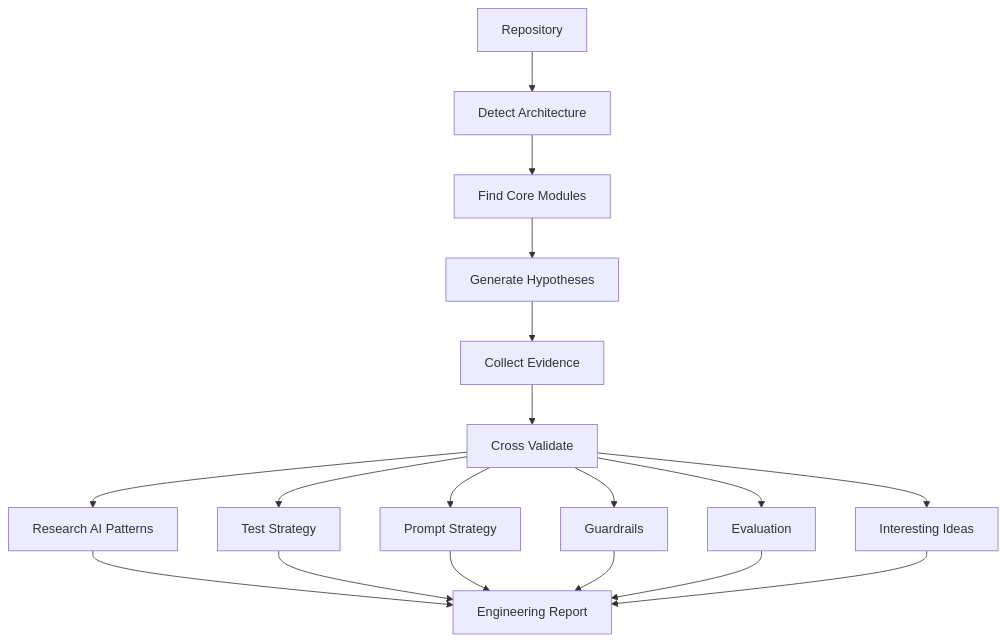
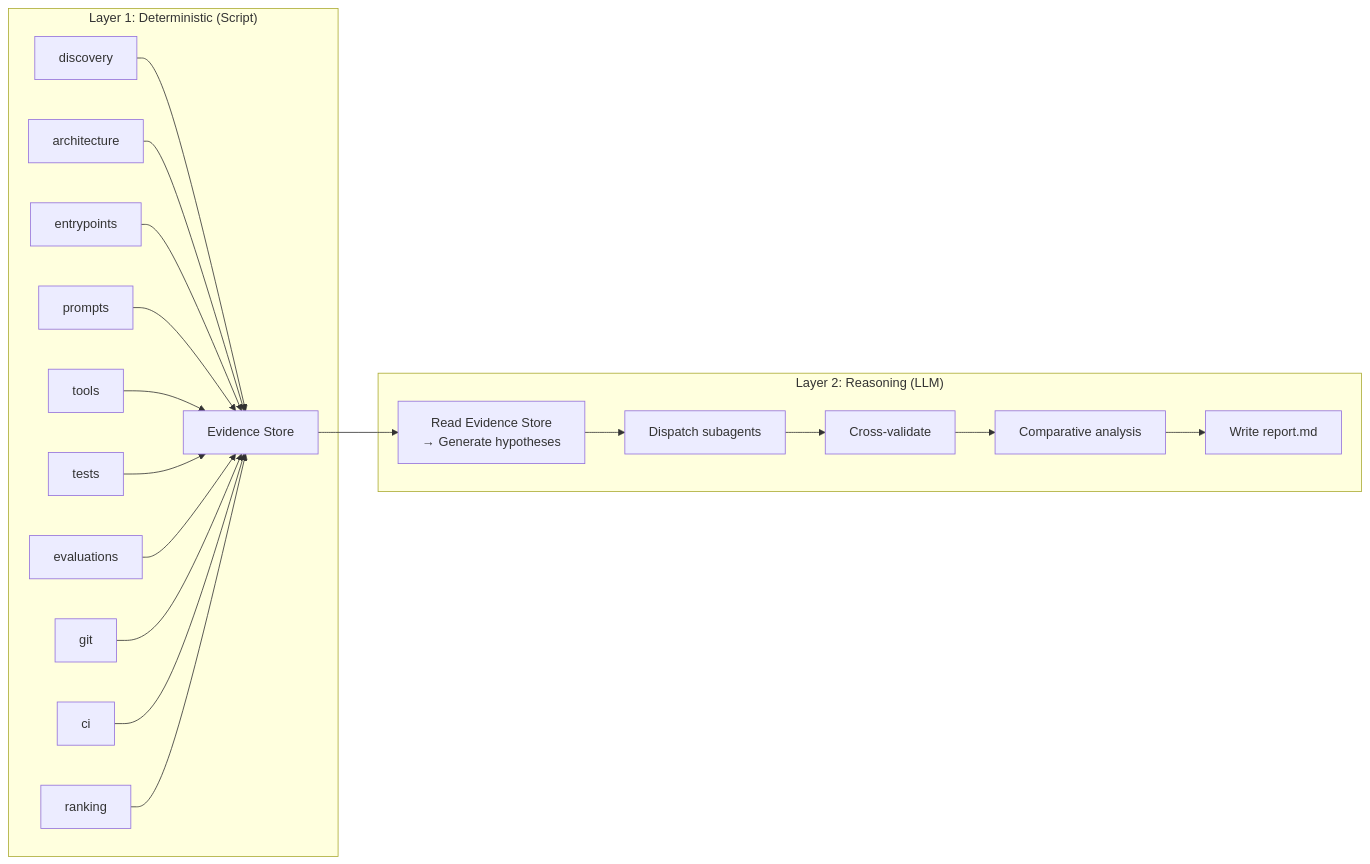
Before and after one commit to devweekly/devweekly.github.io: the first of 2 diagrams in .trae/skills/research-repo/SKILL.md, drawn with Mermaid. The commit also changed other lines of this file and 5 other files, not shown here.

````diff
--- a/.trae/skills/research-repo/SKILL.md
+++ b/.trae/skills/research-repo/SKILL.md
@@ -112,22 +264,24 @@
 ```mermaid
-flowchart TD
-  A[Repository] --> B[Detect Architecture]
-  B --> C[Find Core Modules]
-  C --> D[Generate Hypotheses]
-  D --> E[Collect Evidence]
-  E --> F[Cross Validate]
+flowchart LR
+  subgraph "Layer 1: Deterministic (Script)"
+    S1[discovery] --> ES[Evidence Store]
+    S2[architecture] --> ES
+    S3[entrypoints] --> ES
+    S4[prompts] --> ES
+    S5[tools] --> ES
+    S6[tests] --> ES
+    S7[evaluations] --> ES
+    S8[git] --> ES
+    S9[ci] --> ES
+    S10[ranking] --> ES
+  end
 
-  F --> G[Research AI Patterns]
-  F --> H[Test Strategy]
-  F --> I[Prompt Strategy]
-  F --> J[Guardrails]
-  F --> K[Evaluation]
-  F --> L[Interesting Ideas]
+  ES --> LLM
 
-  G --> M[Engineering Report]
-  H --> M
-  I --> M
-  J --> M
-  K --> M
-  L --> M
+  subgraph "Layer 2: Reasoning (LLM)"
+    LLM["Read Evidence Store<br/>→ Generate hypotheses"] --> SA[Dispatch subagents]
+    SA --> CV[Cross-validate]
+    CV --> CA[Comparative analysis]
+    CA --> RPT[Write report.md]
+  end
 ```
````
